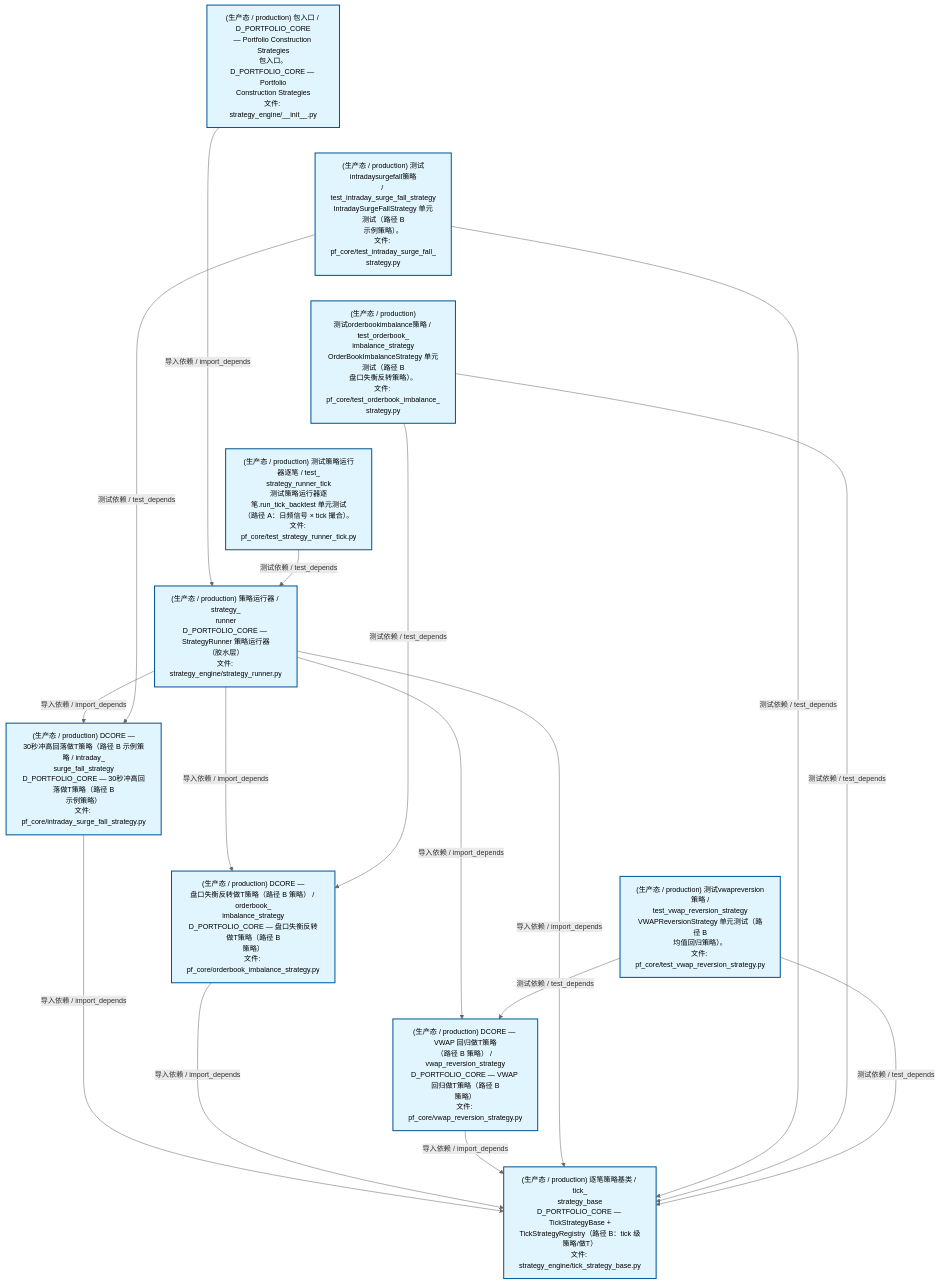
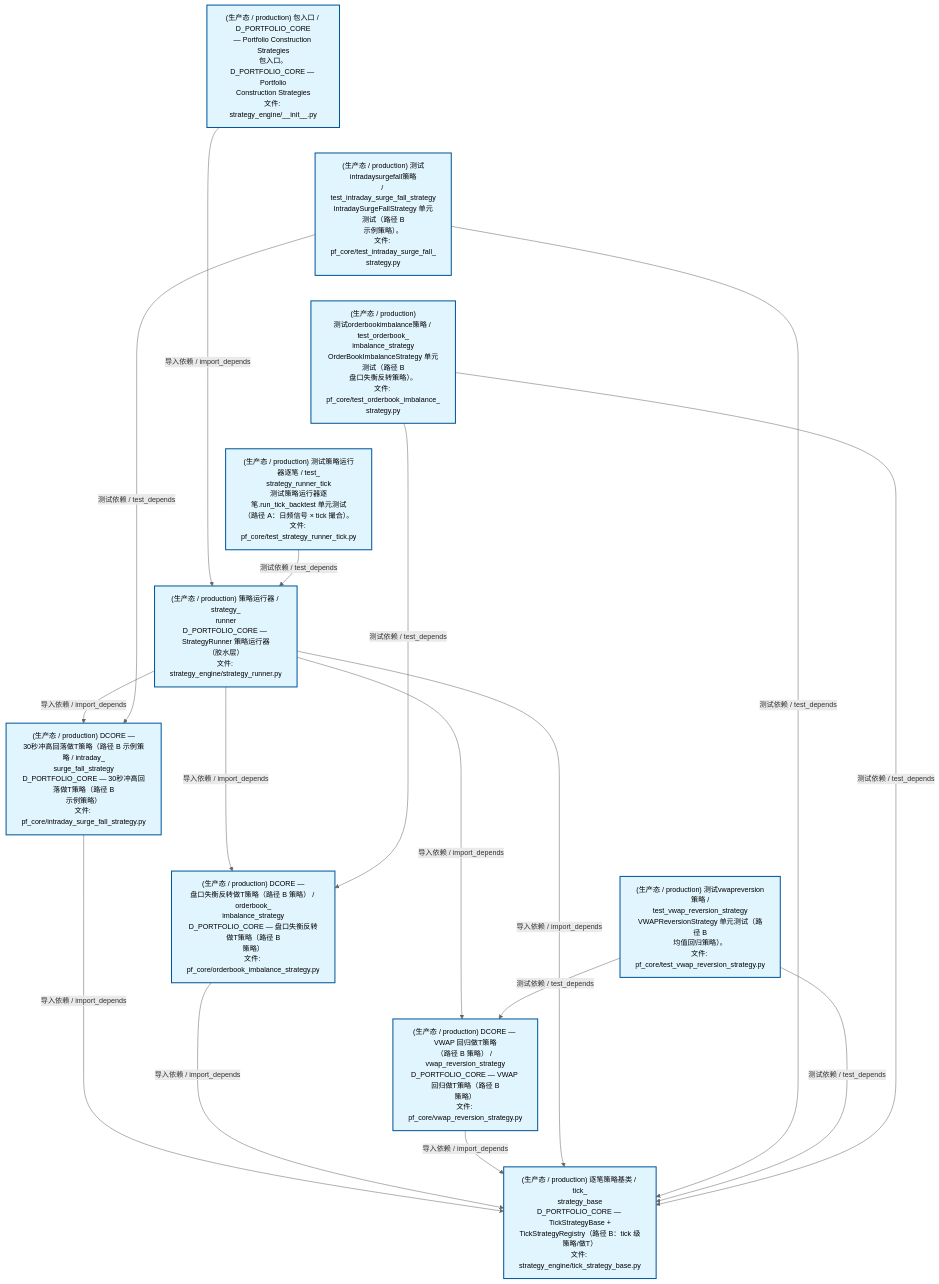
One commit to xuanFelixVan/ZephyrAlpha changed the second of 4 diagrams in docs/02_enterprise_architecture/02_domain_architecture_docs/63_d_pf_core.md. Above: the diagram before and after it, drawn with Mermaid. The commit also changed other lines of this file and 78 other files, not shown here.

````diff
--- a/docs/02_enterprise_architecture/02_domain_architecture_docs/63_d_pf_core.md
+++ b/docs/02_enterprise_architecture/02_domain_architecture_docs/63_d_pf_core.md
@@ -135,40 +135,40 @@
 ```mermaid
 %%{init: {'theme': 'base', 'themeVariables': {'primaryColor': '#eaeaea', 'primaryTextColor': '#333333', 'primaryBorderColor': '#666666', 'lineColor': '#666666', 'secondaryColor': '#eaeaea', 'tertiaryColor': '#eaeaea', 'fontSize': '14px'}}}%%
 flowchart TD
     src_zephyr_pf_core_strategy_engine_init_py["(生产态 / production) 包入口 / D_PORTFOLIO_CORE<br/>— Portfolio Construction Strategies<br/>包入口。D_PORTFOLIO_CORE — Portfolio<br/>Construction Strategies<br/>文件: strategy_engine/__init__.py"]
     tests_pf_core_test_intraday_surge_fall_strategy_py["(生产态 / production) 测试intradaysurgefall策略<br/>/ test_intraday_surge_fall_strategy<br/>IntradaySurgeFallStrategy 单元测试（路径 B<br/>示例策略）。<br/>文件: pf_core/test_intraday_surge_fall_<br/>strategy.py"]
     tests_pf_core_test_orderbook_imbalance_strategy_py["(生产态 / production)<br/>测试orderbookimbalance策略 / test_orderbook_<br/>imbalance_strategy<br/>OrderBookImbalanceStrategy 单元测试（路径 B<br/>盘口失衡反转策略）。<br/>文件: pf_core/test_orderbook_imbalance_<br/>strategy.py"]
     tests_pf_core_test_strategy_runner_tick_py["(生产态 / production) 测试策略运行器逐笔 / test_<br/>strategy_runner_tick<br/>测试策略运行器逐笔.run_tick_backtest 单元测试<br/>（路径 A：日频信号 × tick 撮合）。<br/>文件: pf_core/test_strategy_runner_tick.py"]
     tests_pf_core_test_vwap_reversion_strategy_py["(生产态 / production) 测试vwapreversion策略 /<br/>test_vwap_reversion_strategy<br/>VWAPReversionStrategy 单元测试（路径 B<br/>均值回归策略）。<br/>文件: pf_core/test_vwap_reversion_strategy.py"]
     src_zephyr_pf_core_strategy_engine_init_py ~~~ tests_pf_core_test_intraday_surge_fall_strategy_py
     tests_pf_core_test_intraday_surge_fall_strategy_py ~~~ tests_pf_core_test_orderbook_imbalance_strategy_py
     tests_pf_core_test_orderbook_imbalance_strategy_py ~~~ tests_pf_core_test_strategy_runner_tick_py
     tests_pf_core_test_strategy_runner_tick_py ~~~ tests_pf_core_test_vwap_reversion_strategy_py
     src_zephyr_pf_core_strategy_engine_strategy_runner_py["(生产态 / production) 策略运行器 / strategy_<br/>runner<br/>D_PORTFOLIO_CORE — StrategyRunner 策略运行器<br/>（胶水层）<br/>文件: strategy_engine/strategy_runner.py"]
     src_zephyr_pf_core_intraday_surge_fall_strategy_py["(生产态 / production) DCORE —<br/>30秒冲高回落做T策略（路径 B 示例策略 / intraday_<br/>surge_fall_strategy<br/>D_PORTFOLIO_CORE — 30秒冲高回落做T策略（路径 B<br/>示例策略）<br/>文件: pf_core/intraday_surge_fall_strategy.py"]
     src_zephyr_pf_core_orderbook_imbalance_strategy_py["(生产态 / production) DCORE —<br/>盘口失衡反转做T策略（路径 B 策略） / orderbook_<br/>imbalance_strategy<br/>D_PORTFOLIO_CORE — 盘口失衡反转做T策略（路径 B<br/>策略）<br/>文件: pf_core/orderbook_imbalance_strategy.py"]
     src_zephyr_pf_core_vwap_reversion_strategy_py["(生产态 / production) DCORE — VWAP 回归做T策略<br/>（路径 B 策略） / vwap_reversion_strategy<br/>D_PORTFOLIO_CORE — VWAP 回归做T策略（路径 B<br/>策略）<br/>文件: pf_core/vwap_reversion_strategy.py"]
     src_zephyr_pf_core_intraday_surge_fall_strategy_py ~~~ src_zephyr_pf_core_orderbook_imbalance_strategy_py
     src_zephyr_pf_core_orderbook_imbalance_strategy_py ~~~ src_zephyr_pf_core_vwap_reversion_strategy_py
     src_zephyr_pf_core_strategy_engine_tick_strategy_base_py["(生产态 / production) 逐笔策略基类 / tick_<br/>strategy_base<br/>D_PORTFOLIO_CORE — TickStrategyBase +<br/>TickStrategyRegistry（路径 B：tick 级策略/做T）<br/>文件: strategy_engine/tick_strategy_base.py"]
     src_zephyr_pf_core_intraday_surge_fall_strategy_py -->|导入依赖 / import_depends| src_zephyr_pf_core_strategy_engine_tick_strategy_base_py
     src_zephyr_pf_core_orderbook_imbalance_strategy_py -->|导入依赖 / import_depends| src_zephyr_pf_core_strategy_engine_tick_strategy_base_py
     src_zephyr_pf_core_vwap_reversion_strategy_py -->|导入依赖 / import_depends| src_zephyr_pf_core_strategy_engine_tick_strategy_base_py
     src_zephyr_pf_core_strategy_engine_strategy_runner_py -->|导入依赖 / import_depends| src_zephyr_pf_core_intraday_surge_fall_strategy_py
     src_zephyr_pf_core_strategy_engine_strategy_runner_py -->|导入依赖 / import_depends| src_zephyr_pf_core_orderbook_imbalance_strategy_py
     src_zephyr_pf_core_strategy_engine_strategy_runner_py -->|导入依赖 / import_depends| src_zephyr_pf_core_vwap_reversion_strategy_py
     src_zephyr_pf_core_strategy_engine_strategy_runner_py -->|导入依赖 / import_depends| src_zephyr_pf_core_strategy_engine_tick_strategy_base_py
     src_zephyr_pf_core_strategy_engine_init_py -->|导入依赖 / import_depends| src_zephyr_pf_core_strategy_engine_strategy_runner_py
     tests_pf_core_test_intraday_surge_fall_strategy_py -->|测试依赖 / test_depends| src_zephyr_pf_core_intraday_surge_fall_strategy_py
     tests_pf_core_test_intraday_surge_fall_strategy_py -->|测试依赖 / test_depends| src_zephyr_pf_core_strategy_engine_tick_strategy_base_py
+    tests_pf_core_test_vwap_reversion_strategy_py -->|测试依赖 / test_depends| src_zephyr_pf_core_vwap_reversion_strategy_py
+    tests_pf_core_test_vwap_reversion_strategy_py -->|测试依赖 / test_depends| src_zephyr_pf_core_strategy_engine_tick_strategy_base_py
+    tests_pf_core_test_strategy_runner_tick_py -->|测试依赖 / test_depends| src_zephyr_pf_core_strategy_engine_strategy_runner_py
     tests_pf_core_test_orderbook_imbalance_strategy_py -->|测试依赖 / test_depends| src_zephyr_pf_core_orderbook_imbalance_strategy_py
     tests_pf_core_test_orderbook_imbalance_strategy_py -->|测试依赖 / test_depends| src_zephyr_pf_core_strategy_engine_tick_strategy_base_py
-    tests_pf_core_test_strategy_runner_tick_py -->|测试依赖 / test_depends| src_zephyr_pf_core_strategy_engine_strategy_runner_py
-    tests_pf_core_test_vwap_reversion_strategy_py -->|测试依赖 / test_depends| src_zephyr_pf_core_vwap_reversion_strategy_py
-    tests_pf_core_test_vwap_reversion_strategy_py -->|测试依赖 / test_depends| src_zephyr_pf_core_strategy_engine_tick_strategy_base_py
     classDef production fill:#e1f5fe,stroke:#01579b,stroke-width:2px,color:#000
     classDef design fill:#fff3e0,stroke:#e65100,stroke-width:2px,color:#000,stroke-dasharray: 5 5
     classDef external_prod fill:#e8f4fd,stroke:#0277bd,stroke-width:1px,color:#000
     classDef external_design fill:#fff8e7,stroke:#ef6c00,stroke-width:1px,color:#000,stroke-dasharray: 5 5
     class src_zephyr_pf_core_intraday_surge_fall_strategy_py,src_zephyr_pf_core_orderbook_imbalance_strategy_py,src_zephyr_pf_core_strategy_engine_init_py,src_zephyr_pf_core_strategy_engine_strategy_runner_py,src_zephyr_pf_core_strategy_engine_tick_strategy_base_py,src_zephyr_pf_core_vwap_reversion_strategy_py,tests_pf_core_test_intraday_surge_fall_strategy_py,tests_pf_core_test_orderbook_imbalance_strategy_py,tests_pf_core_test_strategy_runner_tick_py,tests_pf_core_test_vwap_reversion_strategy_py production
 ```
````
